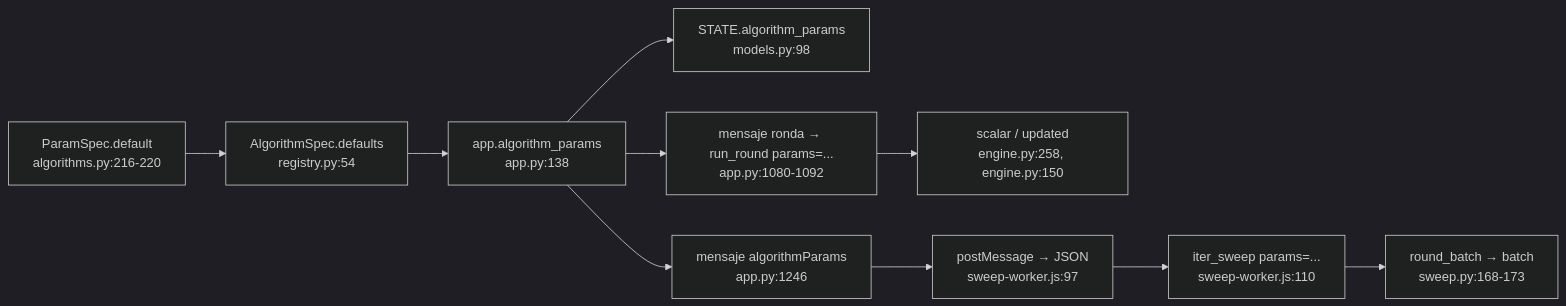
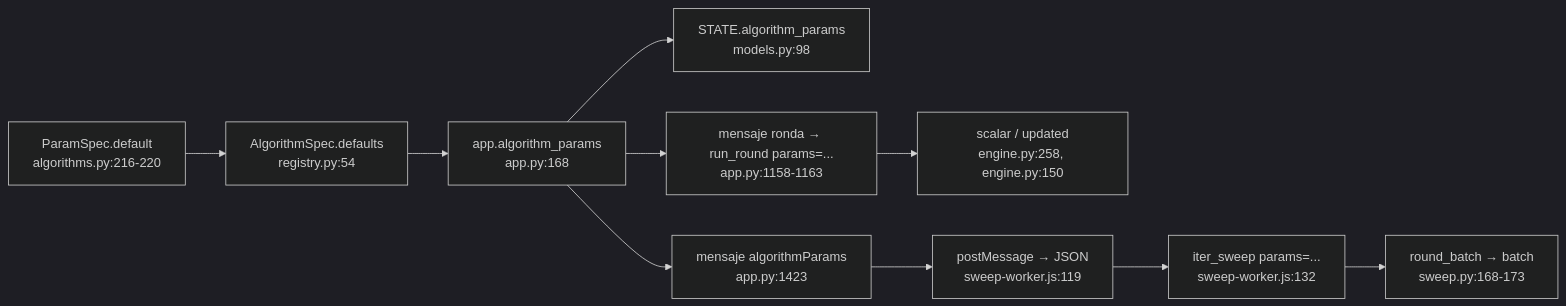
One commit to Rou-uu/consenso-simulador changed the fourth of 8 diagrams in docs/06-registro-algoritmos.md. Above: the diagram before and after it, drawn with Mermaid (dark theme). The commit also changed other lines of this file and 19 other files, not shown here.

````diff
--- a/docs/06-registro-algoritmos.md
+++ b/docs/06-registro-algoritmos.md
@@ -488,12 +491,12 @@
 ```mermaid
 flowchart LR
     A["ParamSpec.default<br/>algorithms.py:216-220"] --> B["AlgorithmSpec.defaults<br/>registry.py:54"]
-    B --> C["app.algorithm_params<br/>app.py:138"]
+    B --> C["app.algorithm_params<br/>app.py:168"]
     C --> D["STATE.algorithm_params<br/>models.py:98"]
-    C --> E["mensaje ronda → run_round params=...<br/>app.py:1080-1092"]
-    C --> F["mensaje algorithmParams<br/>app.py:1246"]
+    C --> E["mensaje ronda → run_round params=...<br/>app.py:1158-1163"]
+    C --> F["mensaje algorithmParams<br/>app.py:1423"]
     E --> G["scalar / updated<br/>engine.py:258, engine.py:150"]
-    F --> H["postMessage → JSON<br/>sweep-worker.js:97"]
-    H --> I["iter_sweep params=...<br/>sweep-worker.js:110"]
+    F --> H["postMessage → JSON<br/>sweep-worker.js:119"]
+    H --> I["iter_sweep params=...<br/>sweep-worker.js:132"]
     I --> J["round_batch → batch<br/>sweep.py:168-173"]
 ```
````
